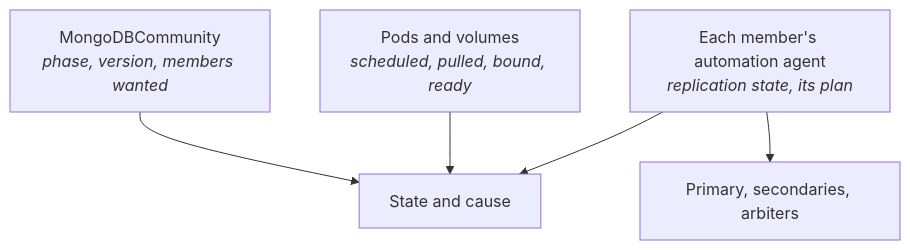
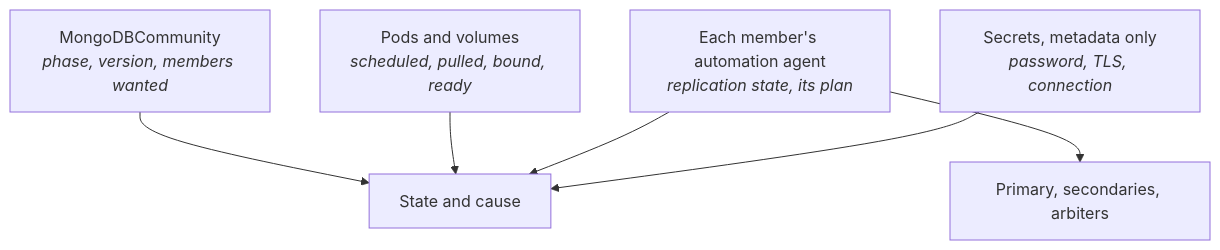
One commit to DiegoBulhoes/freelens-addons changed the second of 2 diagrams in docs/mongodb.md. Above: the diagram before and after it, drawn with Mermaid. The commit also changed other lines of this file and 116 other files, not shown here.

````diff
--- a/docs/mongodb.md
+++ b/docs/mongodb.md
@@ -38,10 +40,12 @@
 ```mermaid
 flowchart TD
   RS["MongoDBCommunity<br/><i>phase, version, members wanted</i>"]
   P["Pods and volumes<br/><i>scheduled, pulled, bound, ready</i>"]
   A["Each member's automation agent<br/><i>replication state, its plan</i>"]
+  S["Secrets, metadata only<br/><i>password, TLS, connection</i>"]
   RS --> V["State and cause"]
   P --> V
   A --> V
+  S --> V
   A --> M["Primary, secondaries, arbiters"]
 ```
````
